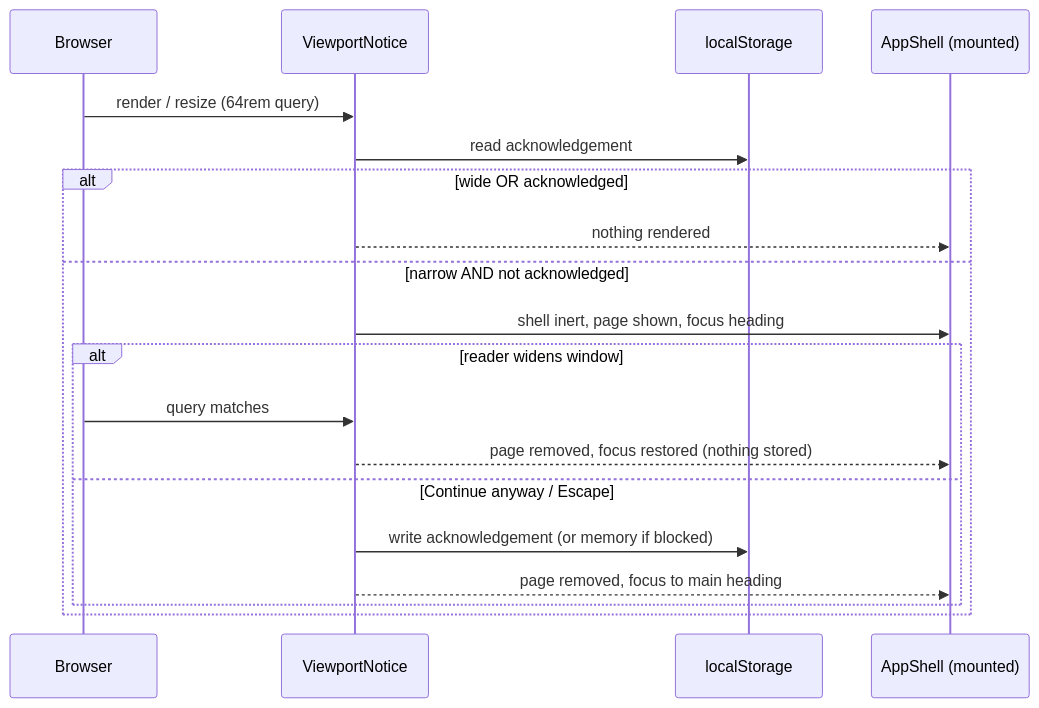
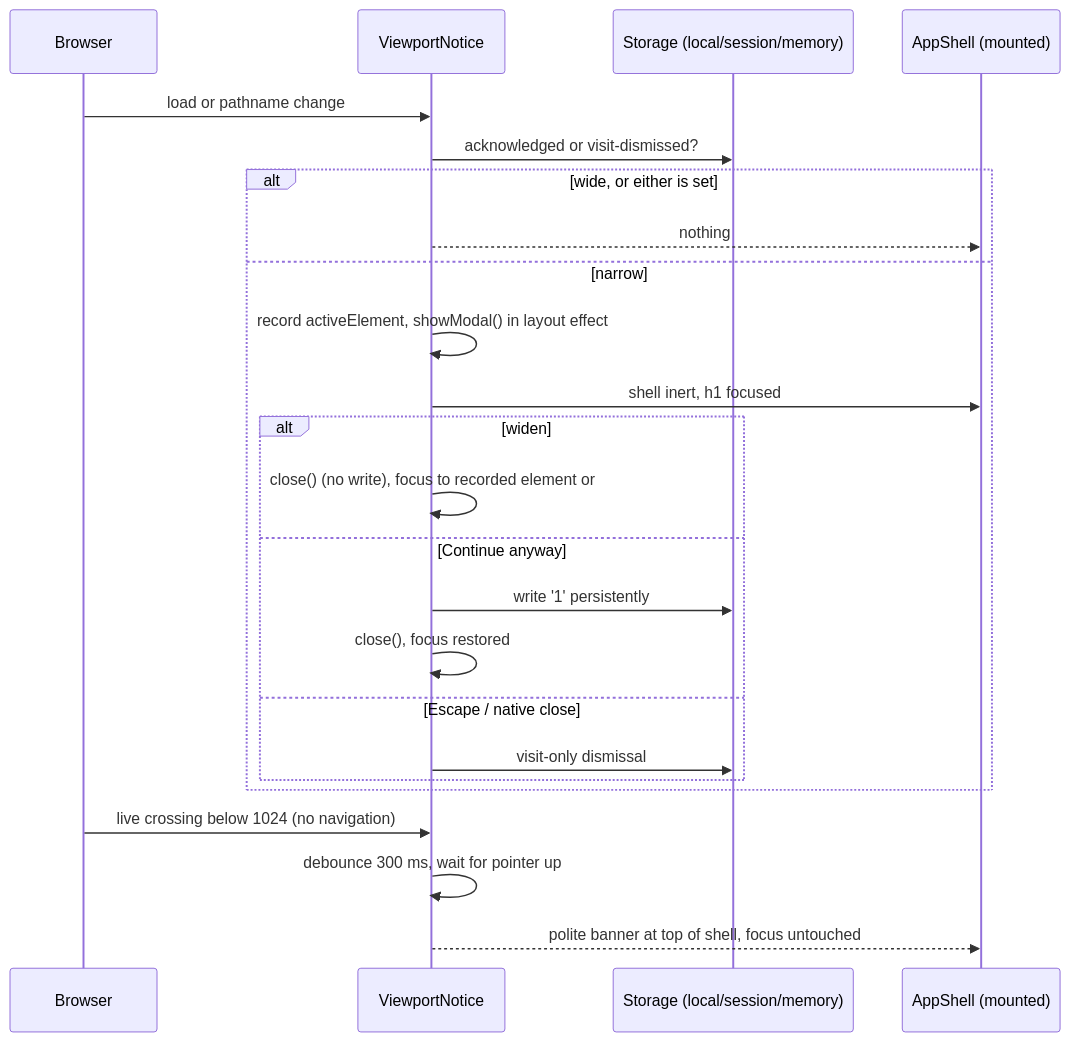
The second of 3 diagrams in docs/specs/minimum-viewport/feature-spec.md (HuttonHomeHub/SchedulePoint_1), drawn with Mermaid before and after one commit. The commit also changed other lines of this file and 3 other files, not shown here.

````diff
--- a/docs/specs/minimum-viewport/feature-spec.md
+++ b/docs/specs/minimum-viewport/feature-spec.md
@@ -479,21 +693,26 @@
 ```mermaid
 sequenceDiagram
   participant B as Browser
   participant N as ViewportNotice
-  participant S as localStorage
+  participant S as Storage (local/session/memory)
   participant A as AppShell (mounted)
-  B->>N: render / resize (64rem query)
-  N->>S: read acknowledgement
-  alt wide OR acknowledged
-    N-->>A: nothing rendered
-  else narrow AND not acknowledged
-    N->>A: shell inert, page shown, focus heading
-    alt reader widens window
-      B->>N: query matches
-      N-->>A: page removed, focus restored (nothing stored)
-    else Continue anyway / Escape
-      N->>S: write acknowledgement (or memory if blocked)
-      N-->>A: page removed, focus to main heading
+  B->>N: load or pathname change
+  N->>S: acknowledged or visit-dismissed?
+  alt wide, or either is set
+    N-->>A: nothing
+  else narrow
+    N->>N: record activeElement, showModal() in layout effect
+    N->>A: shell inert, h1 focused
+    alt widen
+      N->>N: close() (no write), focus to recorded element or #main
+    else Continue anyway
+      N->>S: write '1' persistently
+      N->>N: close(), focus restored
+    else Escape / native close
+      N->>S: visit-only dismissal
     end
   end
+  B->>N: live crossing below 1024 (no navigation)
+  N->>N: debounce 300 ms, wait for pointer up
+  N-->>A: polite banner at top of shell, focus untouched
 ```
````
